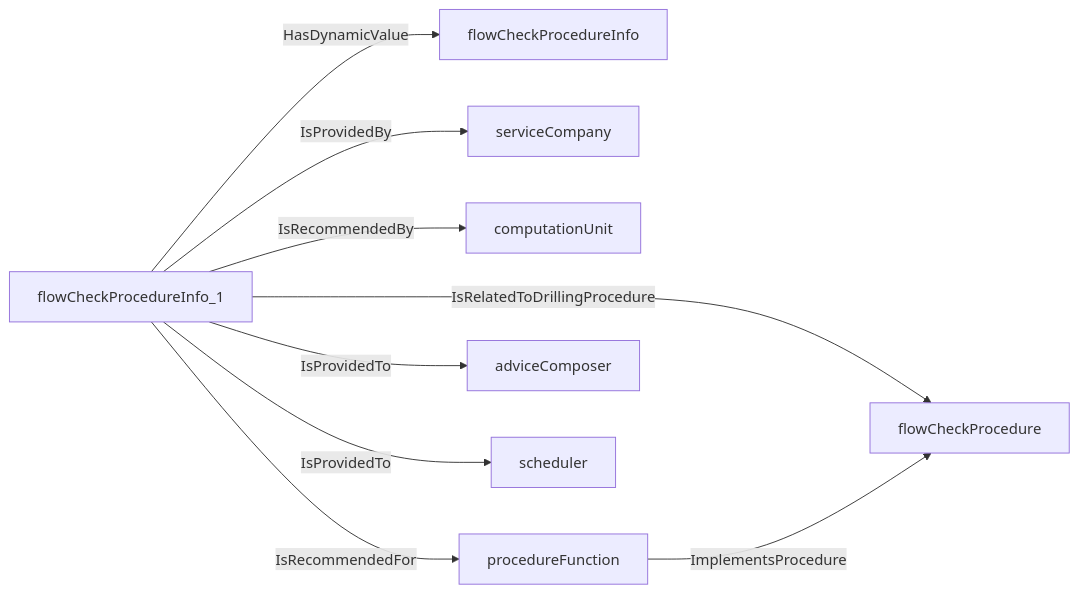
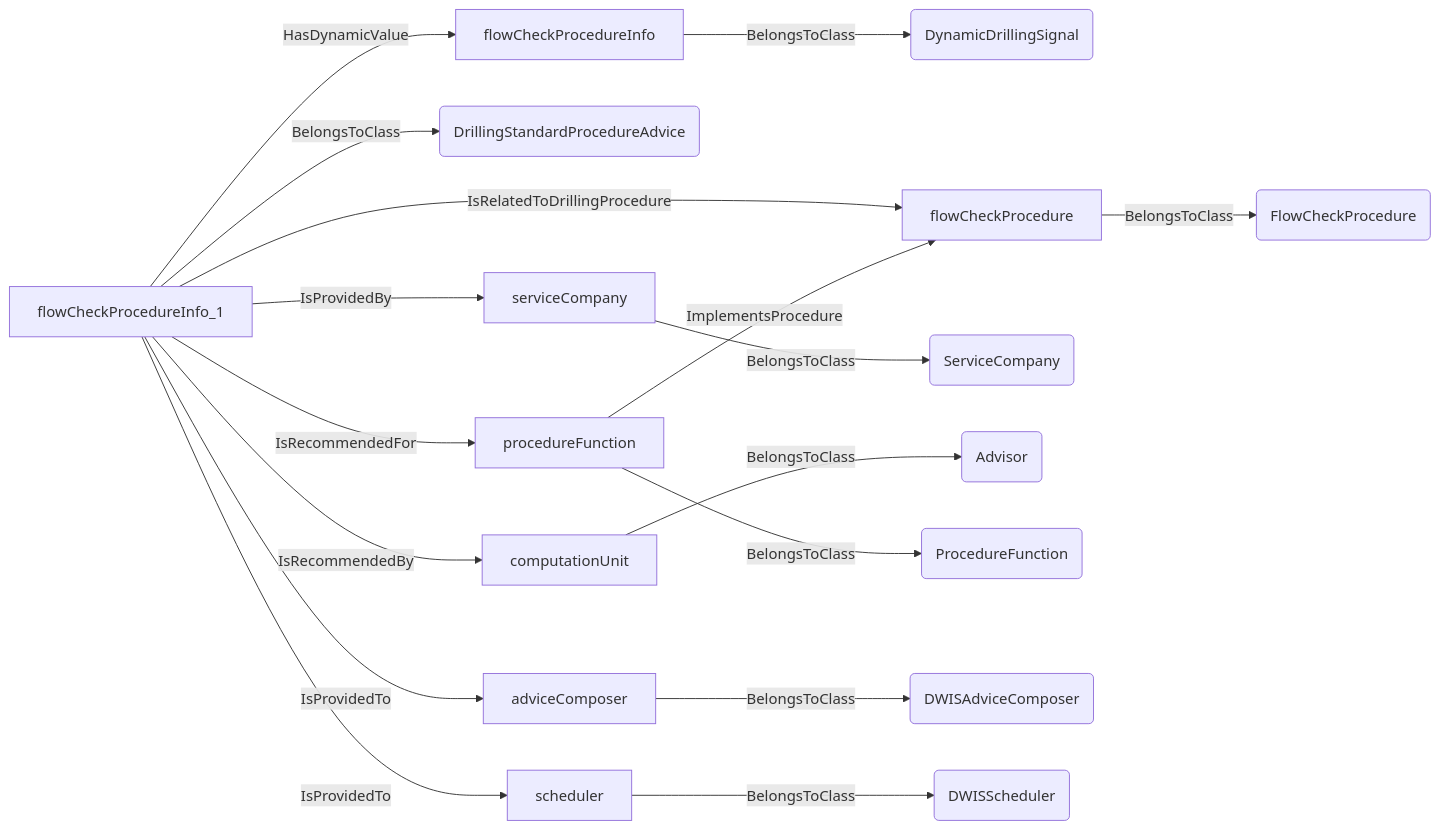
Before and after one commit to D-WIS/DDHub-Semantic-Interoperability: diagram 12 of 19 in docs/vocabulary_development/auto-generated/md/definition-files/DrillingProcedure.md, drawn with Mermaid. The commit also changed other lines of this file and 14 other files, not shown here.

````diff
--- a/docs/vocabulary_development/auto-generated/md/definition-files/DrillingProcedure.md
+++ b/docs/vocabulary_development/auto-generated/md/definition-files/DrillingProcedure.md
@@ -608,11 +768,19 @@
 ```mermaid
 graph LR
-	N0000[flowCheckProcedureInfo_1] -->|HasDynamicValue| N0001[flowCheckProcedureInfo] 
-	N0000[flowCheckProcedureInfo_1] -->|IsRelatedToDrillingProcedure| N0002[flowCheckProcedure] 
-	N0000[flowCheckProcedureInfo_1] -->|IsProvidedBy| N0003[serviceCompany] 
-	N0000[flowCheckProcedureInfo_1] -->|IsRecommendedBy| N0004[computationUnit] 
-	N0005[procedureFunction] -->|ImplementsProcedure| N0002[flowCheckProcedure] 
-	N0000[flowCheckProcedureInfo_1] -->|IsRecommendedFor| N0005[procedureFunction] 
-	N0000[flowCheckProcedureInfo_1] -->|IsProvidedTo| N0006[adviceComposer] 
-	N0000[flowCheckProcedureInfo_1] -->|IsProvidedTo| N0007[scheduler] 
+	N0000[flowCheckProcedureInfo] -->|BelongsToClass| N0001(DynamicDrillingSignal) 
+	N0002[flowCheckProcedureInfo_1] -->|BelongsToClass| N0003(DrillingStandardProcedureAdvice) 
+	N0002[flowCheckProcedureInfo_1] -->|HasDynamicValue| N0000[flowCheckProcedureInfo] 
+	N0004[flowCheckProcedure] -->|BelongsToClass| N0005(FlowCheckProcedure) 
+	N0002[flowCheckProcedureInfo_1] -->|IsRelatedToDrillingProcedure| N0004[flowCheckProcedure] 
+	N0006[serviceCompany] -->|BelongsToClass| N0007(ServiceCompany) 
+	N0002[flowCheckProcedureInfo_1] -->|IsProvidedBy| N0006[serviceCompany] 
+	N0008[computationUnit] -->|BelongsToClass| N0009(Advisor) 
+	N0002[flowCheckProcedureInfo_1] -->|IsRecommendedBy| N0008[computationUnit] 
+	N0010[procedureFunction] -->|BelongsToClass| N0011(ProcedureFunction) 
+	N0010[procedureFunction] -->|ImplementsProcedure| N0004[flowCheckProcedure] 
+	N0002[flowCheckProcedureInfo_1] -->|IsRecommendedFor| N0010[procedureFunction] 
+	N0012[adviceComposer] -->|BelongsToClass| N0013(DWISAdviceComposer) 
+	N0002[flowCheckProcedureInfo_1] -->|IsProvidedTo| N0012[adviceComposer] 
+	N0014[scheduler] -->|BelongsToClass| N0015(DWISScheduler) 
+	N0002[flowCheckProcedureInfo_1] -->|IsProvidedTo| N0014[scheduler] 
 ```
````
